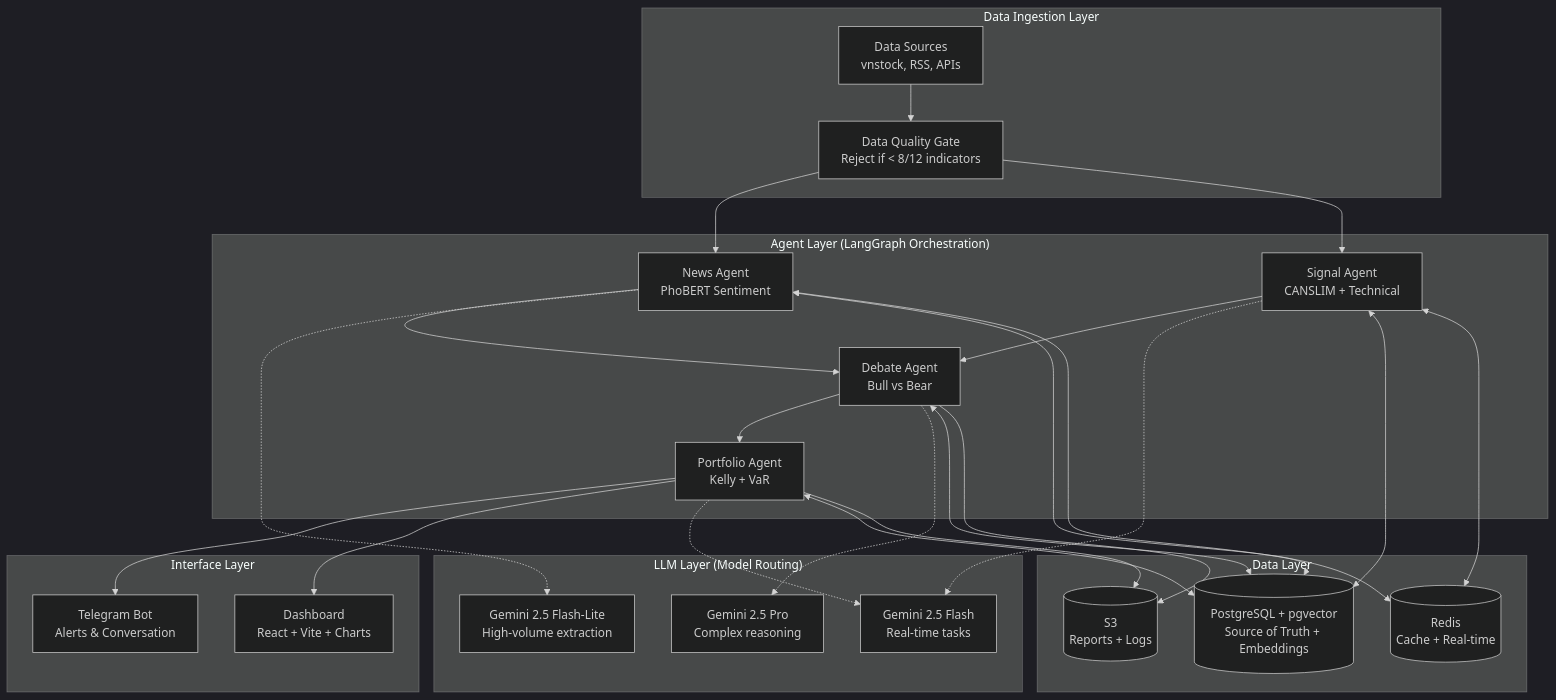
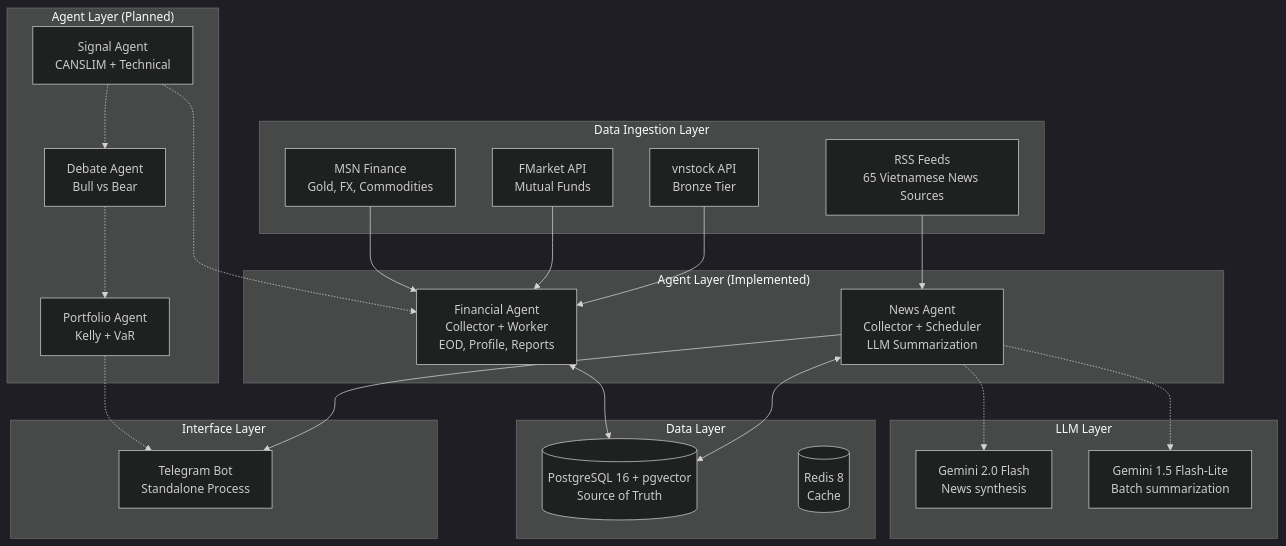
The first of 2 diagrams in docs/ARCHITECTURE.md (nqhuy44/xalpha-researcher), drawn with Mermaid (dark theme) before and after one commit. The commit also changed other lines of this file and 48 other files, not shown here.

First line of the commit message:
Feature/agent data stock (#3)

````diff
--- a/docs/ARCHITECTURE.md
+++ b/docs/ARCHITECTURE.md
@@ -9,46 +9,50 @@
 ```mermaid
 graph TB
     subgraph "Data Ingestion Layer"
-        DS[Data Sources<br/>vnstock, RSS, APIs]
-        DQ[Data Quality Gate<br/>Reject if < 8/12 indicators]
+        VS[vnstock API<br/>Bronze Tier]
+        RSS[RSS Feeds<br/>65 Vietnamese News Sources]
+        FM[FMarket API<br/>Mutual Funds]
+        MSN[MSN Finance<br/>Gold, FX, Commodities]
     end
 
-    subgraph "Agent Layer (LangGraph Orchestration)"
-        NA[News Agent<br/>PhoBERT Sentiment]
-        SA[Signal Agent<br/>CANSLIM + Technical]
-        DA[Debate Agent<br/>Bull vs Bear]
-        PA[Portfolio Agent<br/>Kelly + VaR]
+    subgraph "Agent Layer (Implemented)"
+        NA["News Agent<br/>Collector + Scheduler<br/>LLM Summarization"]
+        FA["Financial Agent<br/>Collector + Worker<br/>EOD, Profile, Reports"]
     end
 
-    subgraph "LLM Layer (Model Routing)"
-        PRO[Gemini 2.5 Pro<br/>Complex reasoning]
-        FLASH[Gemini 2.5 Flash<br/>Real-time tasks]
-        LITE[Gemini 2.5 Flash-Lite<br/>High-volume extraction]
+    subgraph "Agent Layer (Planned)"
+        SA["Signal Agent<br/>CANSLIM + Technical"]
+        DA["Debate Agent<br/>Bull vs Bear"]
+        PA["Portfolio Agent<br/>Kelly + VaR"]
+    end
+
+    subgraph "LLM Layer"
+        FLASH["Gemini 2.0 Flash<br/>News synthesis"]
+        LITE["Gemini 1.5 Flash-Lite<br/>Batch summarization"]
     end
 
     subgraph "Data Layer"
-        PG[(PostgreSQL + pgvector<br/>Source of Truth + Embeddings)]
-        RD[(Redis<br/>Cache + Real-time)]
-        S3[(S3<br/>Reports + Logs)]
+        PG[("PostgreSQL 16 + pgvector<br/>Source of Truth")]
+        RD[("Redis 8<br/>Cache")]
     end
 
     subgraph "Interface Layer"
-        TG[Telegram Bot<br/>Alerts & Conversation]
-        DB[Dashboard<br/>React + Vite + Charts]
+        TG["Telegram Bot<br/>Standalone Process"]
     end
 
-    DS --> DQ --> NA & SA
-    NA --> DA
-    SA --> DA
-    DA --> PA
-    PA --> TG & DB
+    VS --> FA
+    RSS --> NA
+    FM --> FA
+    MSN --> FA
 
     NA -.-> LITE
-    SA -.-> FLASH
-    DA -.-> PRO
-    PA -.-> FLASH
+    NA -.-> FLASH
 
-    NA & SA & DA & PA <--> PG
-    NA & SA <--> RD
-    DA & PA --> S3
+    NA & FA <--> PG
+    NA --> TG
+
+    SA -.-> FA
+    SA -.-> DA
+    DA -.-> PA
+    PA -.-> TG
 ```
````
